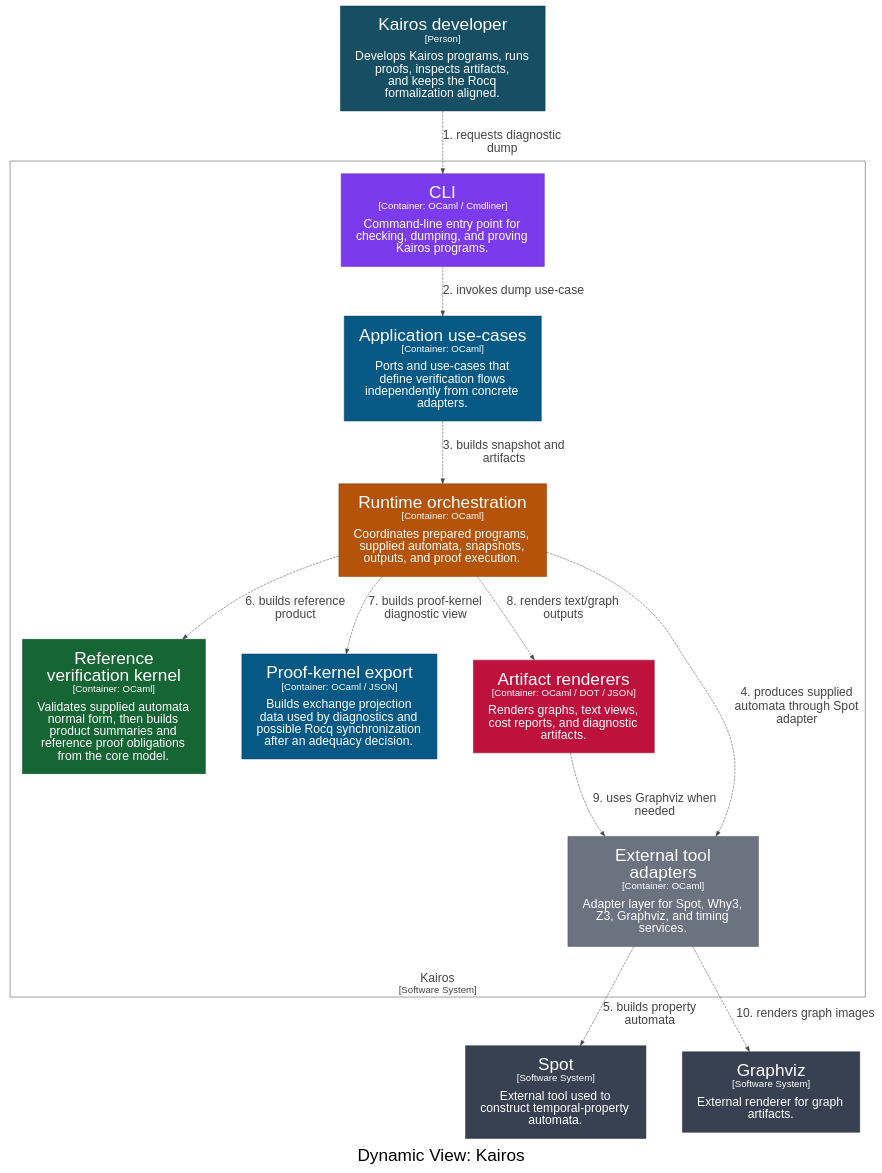
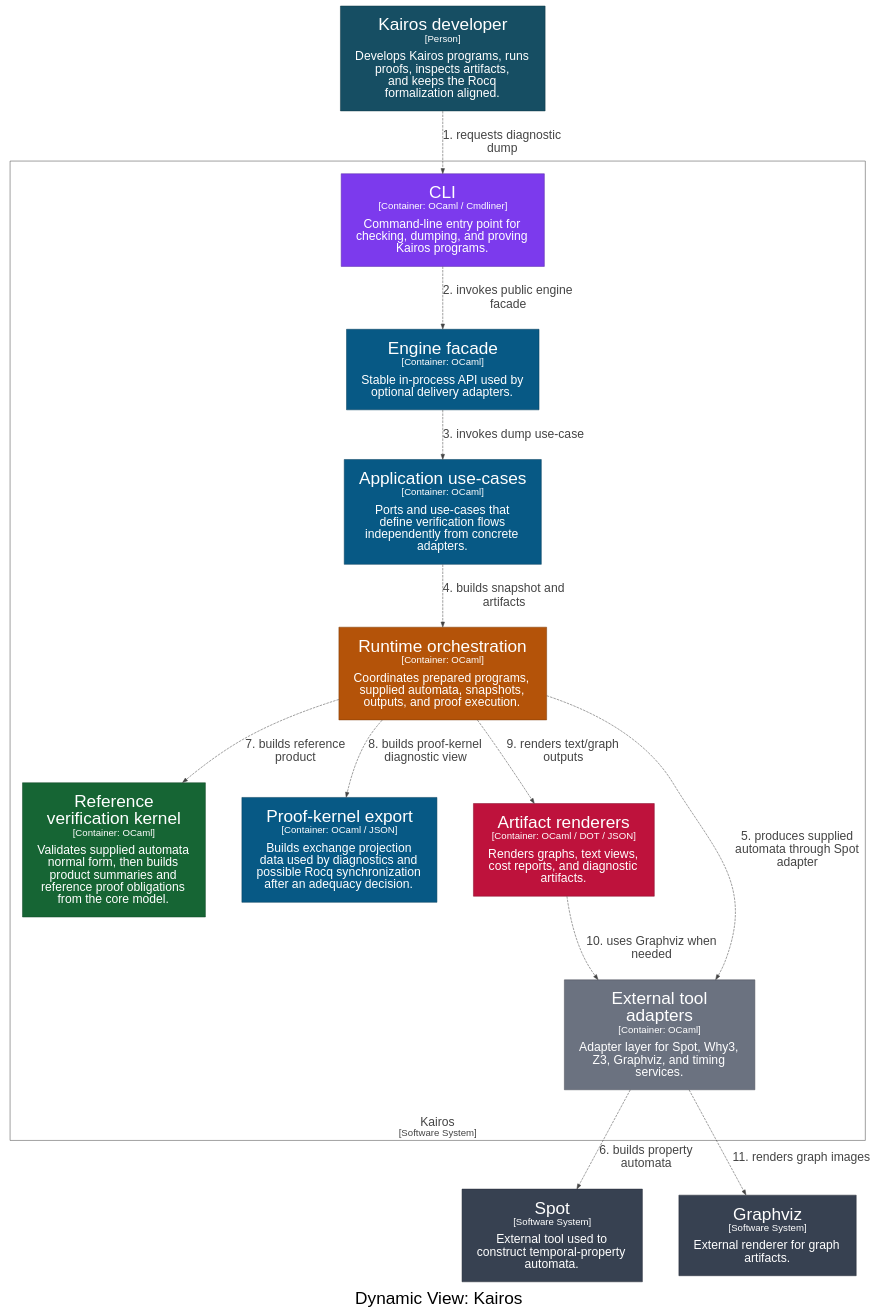
The diagram in docs/architecture/structurizr/export/dot/structurizr-kairos-diagnostic-dump-flow.dot (DabrowskiFr/Kairos), drawn with Graphviz before and after one commit. The commit also changed 50 other files, not shown here.

Commit message:
Extract optional CLI delivery package

```diff
--- a/docs/architecture/structurizr/export/dot/structurizr-kairos-diagnostic-dump-flow.dot
+++ b/docs/architecture/structurizr/export/dot/structurizr-kairos-diagnostic-dump-flow.dot
@@ -1,40 +1,42 @@
 digraph {
   compound=true
   graph [fontname="Arial", rankdir=TB, ranksep=1.0, nodesep=1.0]
   node [fontname="Arial", shape=box, margin="0.4,0.3"]
   edge [fontname="Arial"]
   label=<<br /><font point-size="34">Dynamic View: Kairos</font>>
 
   subgraph cluster_7 {
     margin=25
     label=<<font point-size="24"><br />Kairos</font><br /><font point-size="19">[Software System]</font>>
     labelloc=b
     color="#444444"
     fontcolor="#444444"
     fillcolor="#444444"
 
-    11 [id=11,shape=rect, label=<<font point-size="34">Application use-cases</font><br /><font point-size="19">[Container: OCaml]</font><br /><br /><font point-size="24">Ports and use-cases that<br />define verification flows<br />independently from concrete<br />adapters.</font>>, style=filled, color="#043e5d", fillcolor="#075985", fontcolor="#ffffff"]
-    13 [id=13,shape=rect, label=<<font point-size="34">Reference<br />verification kernel</font><br /><font point-size="19">[Container: OCaml]</font><br /><br /><font point-size="24">Validates supplied automata<br />normal form, then builds<br />product summaries and<br />reference proof obligations<br />from the core model.</font>>, style=filled, color="#0f4624", fillcolor="#166534", fontcolor="#ffffff"]
-    18 [id=18,shape=rect, label=<<font point-size="34">Proof-kernel export</font><br /><font point-size="19">[Container: OCaml / JSON]</font><br /><br /><font point-size="24">Builds exchange projection<br />data used by diagnostics and<br />possible Rocq synchronization<br />after an adequacy decision.</font>>, style=filled, color="#043e5d", fillcolor="#075985", fontcolor="#ffffff"]
-    21 [id=21,shape=rect, label=<<font point-size="34">Runtime orchestration</font><br /><font point-size="19">[Container: OCaml]</font><br /><br /><font point-size="24">Coordinates prepared programs,<br />supplied automata, snapshots,<br />outputs, and proof execution.</font>>, style=filled, color="#7d3a06", fillcolor="#b45309", fontcolor="#ffffff"]
-    28 [id=28,shape=rect, label=<<font point-size="34">Artifact renderers</font><br /><font point-size="19">[Container: OCaml / DOT / JSON]</font><br /><br /><font point-size="24">Renders graphs, text views,<br />cost reports, and diagnostic<br />artifacts.</font>>, style=filled, color="#850c2a", fillcolor="#be123c", fontcolor="#ffffff"]
-    29 [id=29,shape=rect, label=<<font point-size="34">External tool<br />adapters</font><br /><font point-size="19">[Container: OCaml]</font><br /><br /><font point-size="24">Adapter layer for Spot, Why3,<br />Z3, Graphviz, and timing<br />services.</font>>, style=filled, color="#4a4f59", fillcolor="#6b7280", fontcolor="#ffffff"]
+    10 [id=10,shape=rect, label=<<font point-size="34">Engine facade</font><br /><font point-size="19">[Container: OCaml]</font><br /><br /><font point-size="24">Stable in-process API used by<br />optional delivery adapters.</font>>, style=filled, color="#043e5d", fillcolor="#075985", fontcolor="#ffffff"]
+    12 [id=12,shape=rect, label=<<font point-size="34">Application use-cases</font><br /><font point-size="19">[Container: OCaml]</font><br /><br /><font point-size="24">Ports and use-cases that<br />define verification flows<br />independently from concrete<br />adapters.</font>>, style=filled, color="#043e5d", fillcolor="#075985", fontcolor="#ffffff"]
+    14 [id=14,shape=rect, label=<<font point-size="34">Reference<br />verification kernel</font><br /><font point-size="19">[Container: OCaml]</font><br /><br /><font point-size="24">Validates supplied automata<br />normal form, then builds<br />product summaries and<br />reference proof obligations<br />from the core model.</font>>, style=filled, color="#0f4624", fillcolor="#166534", fontcolor="#ffffff"]
+    19 [id=19,shape=rect, label=<<font point-size="34">Proof-kernel export</font><br /><font point-size="19">[Container: OCaml / JSON]</font><br /><br /><font point-size="24">Builds exchange projection<br />data used by diagnostics and<br />possible Rocq synchronization<br />after an adequacy decision.</font>>, style=filled, color="#043e5d", fillcolor="#075985", fontcolor="#ffffff"]
+    22 [id=22,shape=rect, label=<<font point-size="34">Runtime orchestration</font><br /><font point-size="19">[Container: OCaml]</font><br /><br /><font point-size="24">Coordinates prepared programs,<br />supplied automata, snapshots,<br />outputs, and proof execution.</font>>, style=filled, color="#7d3a06", fillcolor="#b45309", fontcolor="#ffffff"]
+    30 [id=30,shape=rect, label=<<font point-size="34">Artifact renderers</font><br /><font point-size="19">[Container: OCaml / DOT / JSON]</font><br /><br /><font point-size="24">Renders graphs, text views,<br />cost reports, and diagnostic<br />artifacts.</font>>, style=filled, color="#850c2a", fillcolor="#be123c", fontcolor="#ffffff"]
+    31 [id=31,shape=rect, label=<<font point-size="34">External tool<br />adapters</font><br /><font point-size="19">[Container: OCaml]</font><br /><br /><font point-size="24">Adapter layer for Spot, Why3,<br />Z3, Graphviz, and timing<br />services.</font>>, style=filled, color="#4a4f59", fillcolor="#6b7280", fontcolor="#ffffff"]
     8 [id=8,shape=rect, label=<<font point-size="34">CLI</font><br /><font point-size="19">[Container: OCaml / Cmdliner]</font><br /><br /><font point-size="24">Command-line entry point for<br />checking, dumping, and proving<br />Kairos programs.</font>>, style=filled, color="#5628a5", fillcolor="#7c3aed", fontcolor="#ffffff"]
   }
 
   1 [id=1,shape=rect, label=<<font point-size="34">Kairos developer</font><br /><font point-size="19">[Person]</font><br /><br /><font point-size="24">Develops Kairos programs, runs<br />proofs, inspects artifacts,<br />and keeps the Rocq<br />formalization aligned.</font>>, style=filled, color="#0f3645", fillcolor="#164e63", fontcolor="#ffffff"]
   3 [id=3,shape=rect, label=<<font point-size="34">Spot</font><br /><font point-size="19">[Software System]</font><br /><br /><font point-size="24">External tool used to<br />construct temporal-property<br />automata.</font>>, style=filled, color="#262d38", fillcolor="#374151", fontcolor="#ffffff"]
   6 [id=6,shape=rect, label=<<font point-size="34">Graphviz</font><br /><font point-size="19">[Software System]</font><br /><br /><font point-size="24">External renderer for graph<br />artifacts.</font>>, style=filled, color="#262d38", fillcolor="#374151", fontcolor="#ffffff"]
 
-  1 -> 8 [id=30, label=<<font point-size="24">1. requests diagnostic<br />dump</font>>, style="dashed", color="#444444", fontcolor="#444444"]
-  8 -> 11 [id=33, label=<<font point-size="24">2. invokes dump use-case</font>>, style="dashed", color="#444444", fontcolor="#444444"]
-  11 -> 21 [id=36, label=<<font point-size="24">3. builds snapshot and<br />artifacts</font>>, style="dashed", color="#444444", fontcolor="#444444"]
-  21 -> 29 [id=43, label=<<font point-size="24">4. produces supplied<br />automata through Spot<br />adapter</font>>, style="dashed", color="#444444", fontcolor="#444444"]
-  29 -> 3 [id=52, label=<<font point-size="24">5. builds property<br />automata</font>>, style="dashed", color="#444444", fontcolor="#444444"]
-  21 -> 13 [id=39, label=<<font point-size="24">6. builds reference<br />product</font>>, style="dashed", color="#444444", fontcolor="#444444"]
-  21 -> 18 [id=40, label=<<font point-size="24">7. builds proof-kernel<br />diagnostic view</font>>, style="dashed", color="#444444", fontcolor="#444444"]
-  21 -> 28 [id=41, label=<<font point-size="24">8. renders text/graph<br />outputs</font>>, style="dashed", color="#444444", fontcolor="#444444"]
-  28 -> 29 [id=51, label=<<font point-size="24">9. uses Graphviz when<br />needed</font>>, style="dashed", color="#444444", fontcolor="#444444"]
-  29 -> 6 [id=58, label=<<font point-size="24">10. renders graph images</font>>, style="dashed", color="#444444", fontcolor="#444444"]
+  1 -> 8 [id=32, label=<<font point-size="24">1. requests diagnostic<br />dump</font>>, style="dashed", color="#444444", fontcolor="#444444"]
+  8 -> 10 [id=35, label=<<font point-size="24">2. invokes public engine<br />facade</font>>, style="dashed", color="#444444", fontcolor="#444444"]
+  10 -> 12 [id=37, label=<<font point-size="24">3. invokes dump use-case</font>>, style="dashed", color="#444444", fontcolor="#444444"]
+  12 -> 22 [id=41, label=<<font point-size="24">4. builds snapshot and<br />artifacts</font>>, style="dashed", color="#444444", fontcolor="#444444"]
+  22 -> 31 [id=48, label=<<font point-size="24">5. produces supplied<br />automata through Spot<br />adapter</font>>, style="dashed", color="#444444", fontcolor="#444444"]
+  31 -> 3 [id=58, label=<<font point-size="24">6. builds property<br />automata</font>>, style="dashed", color="#444444", fontcolor="#444444"]
+  22 -> 14 [id=44, label=<<font point-size="24">7. builds reference<br />product</font>>, style="dashed", color="#444444", fontcolor="#444444"]
+  22 -> 19 [id=45, label=<<font point-size="24">8. builds proof-kernel<br />diagnostic view</font>>, style="dashed", color="#444444", fontcolor="#444444"]
+  22 -> 30 [id=46, label=<<font point-size="24">9. renders text/graph<br />outputs</font>>, style="dashed", color="#444444", fontcolor="#444444"]
+  30 -> 31 [id=57, label=<<font point-size="24">10. uses Graphviz when<br />needed</font>>, style="dashed", color="#444444", fontcolor="#444444"]
+  31 -> 6 [id=64, label=<<font point-size="24">11. renders graph images</font>>, style="dashed", color="#444444", fontcolor="#444444"]
 
 }
```
